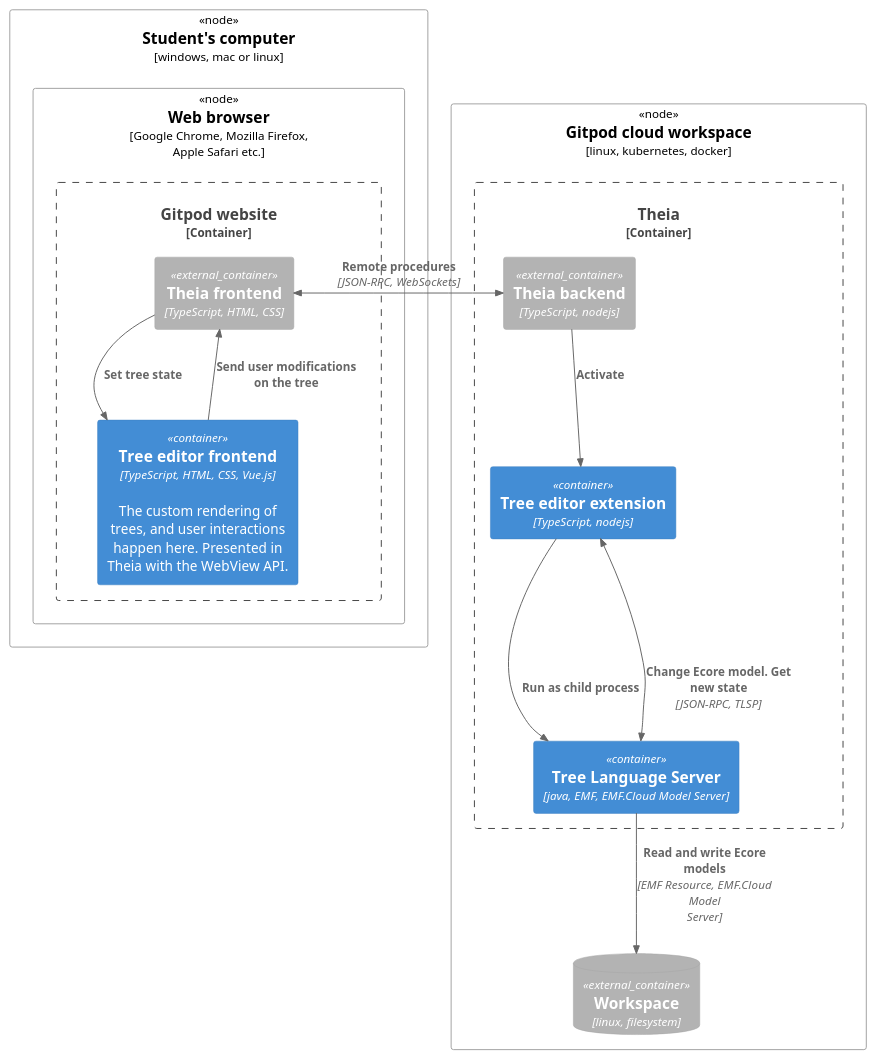
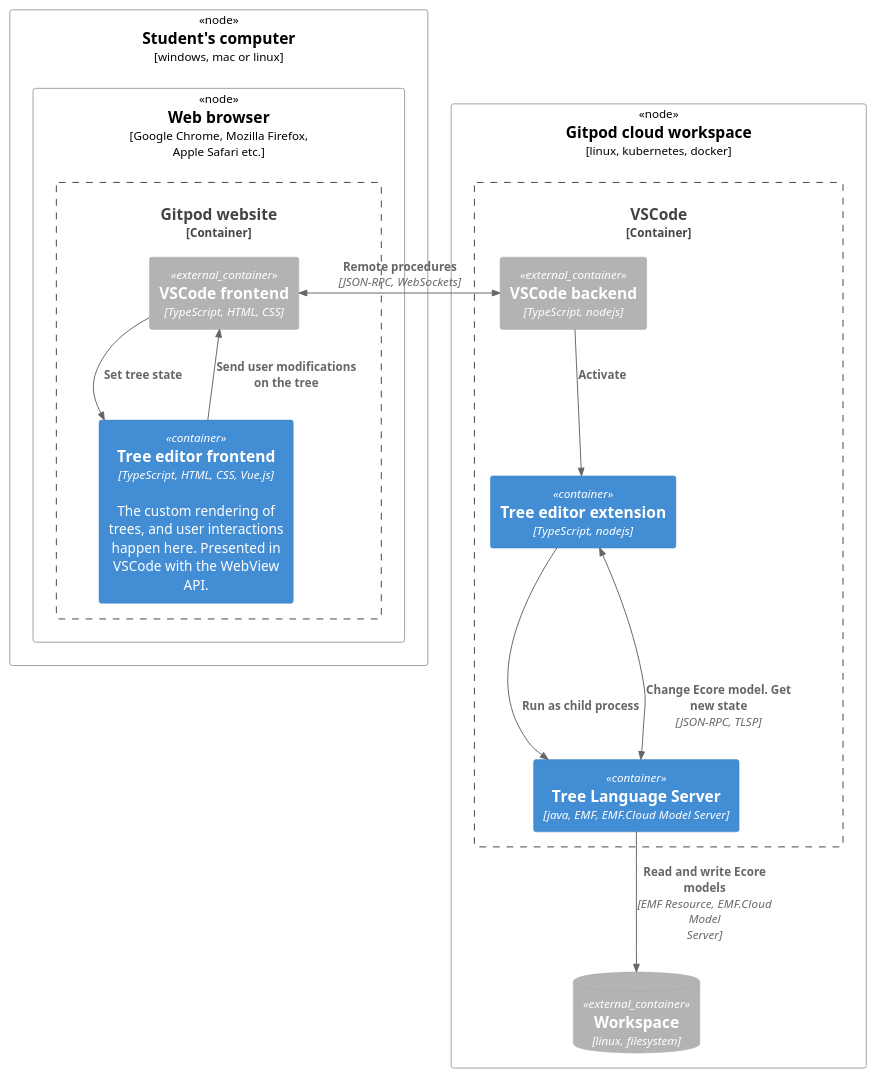
One commit to krissrex/tdt4900-master-thesis-cloud-modeling-latex changed the diagram in figures/tree-editor-extension.deployment.puml. Above: the diagram before and after it, drawn with PlantUML. The commit also changed 6 other files, not shown here.

Commit message:
Replace theia with vscode

```diff
--- a/figures/tree-editor-extension.deployment.puml
+++ b/figures/tree-editor-extension.deployment.puml
@@ -1,33 +1,33 @@
 @startuml Tree_Editor_Extension_deployment
 !include C4_Deployment.puml
 
 Deployment_Node(studentPc, "Student's computer", "windows, mac or linux"){
   Deployment_Node(browser, "Web browser", "Google Chrome, Mozilla Firefox, Apple Safari etc."){
     Container_Boundary(gitpod, "Gitpod website"){
-      Container(treeEditorFrontend, "Tree editor frontend", "TypeScript, HTML, CSS, Vue.js", "The custom rendering of trees, and user interactions happen here. Presented in Theia with the WebView API.")
-      Container_Ext(theiaFrontend, "Theia frontend", "TypeScript, HTML, CSS")
+      Container(treeEditorFrontend, "Tree editor frontend", "TypeScript, HTML, CSS, Vue.js", "The custom rendering of trees, and user interactions happen here. Presented in VSCode with the WebView API.")
+      Container_Ext(vscodeFrontend, "VSCode frontend", "TypeScript, HTML, CSS")
 
-      Rel(theiaFrontend, treeEditorFrontend, "Set tree state")
-      Rel(treeEditorFrontend, theiaFrontend, "Send user modifications on the tree")
+      Rel(vscodeFrontend, treeEditorFrontend, "Set tree state")
+      Rel(treeEditorFrontend, vscodeFrontend, "Send user modifications on the tree")
     }
   }
 }
 
 Deployment_Node(gitpodWorkspace, "Gitpod cloud workspace", "linux, kubernetes, docker"){
-  Container_Boundary(theia, "Theia"){
-    Container_Ext(theiaBackend, "Theia backend", "TypeScript, nodejs")
+  Container_Boundary(vscode, "VSCode"){
+    Container_Ext(vscodeBackend, "VSCode backend", "TypeScript, nodejs")
     Container(treeEditorExtension, "Tree editor extension", "TypeScript, nodejs")
     Container(treeLanguageServer, "Tree Language Server", "java, EMF, EMF.Cloud Model Server")
 
-    Rel(theiaBackend, treeEditorExtension, "Activate")
+    Rel(vscodeBackend, treeEditorExtension, "Activate")
     Rel(treeEditorExtension, treeLanguageServer, "Run as child process")
     BiRel(treeEditorExtension, treeLanguageServer, "Change Ecore model. Get new state", "JSON-RPC, TLSP")
   }
   ContainerDb_Ext(workspace, "Workspace", "linux, filesystem")
 
   Rel(treeLanguageServer, workspace, "Read and write Ecore models", "EMF Resource, EMF.Cloud Model Server")
 }
 
-BiRel_R(theiaFrontend, theiaBackend, "Remote procedures", "JSON-RPC, WebSockets")
+BiRel_R(vscodeFrontend, vscodeBackend, "Remote procedures", "JSON-RPC, WebSockets")
 
 @enduml
```
